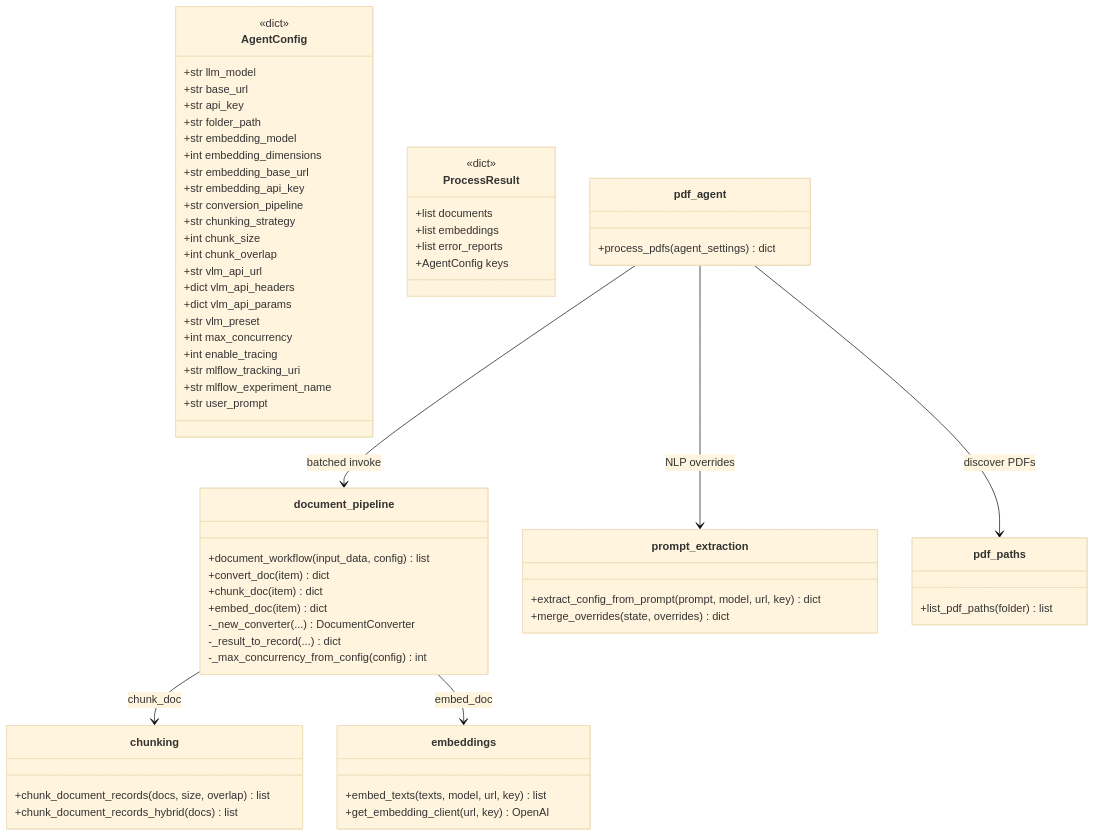
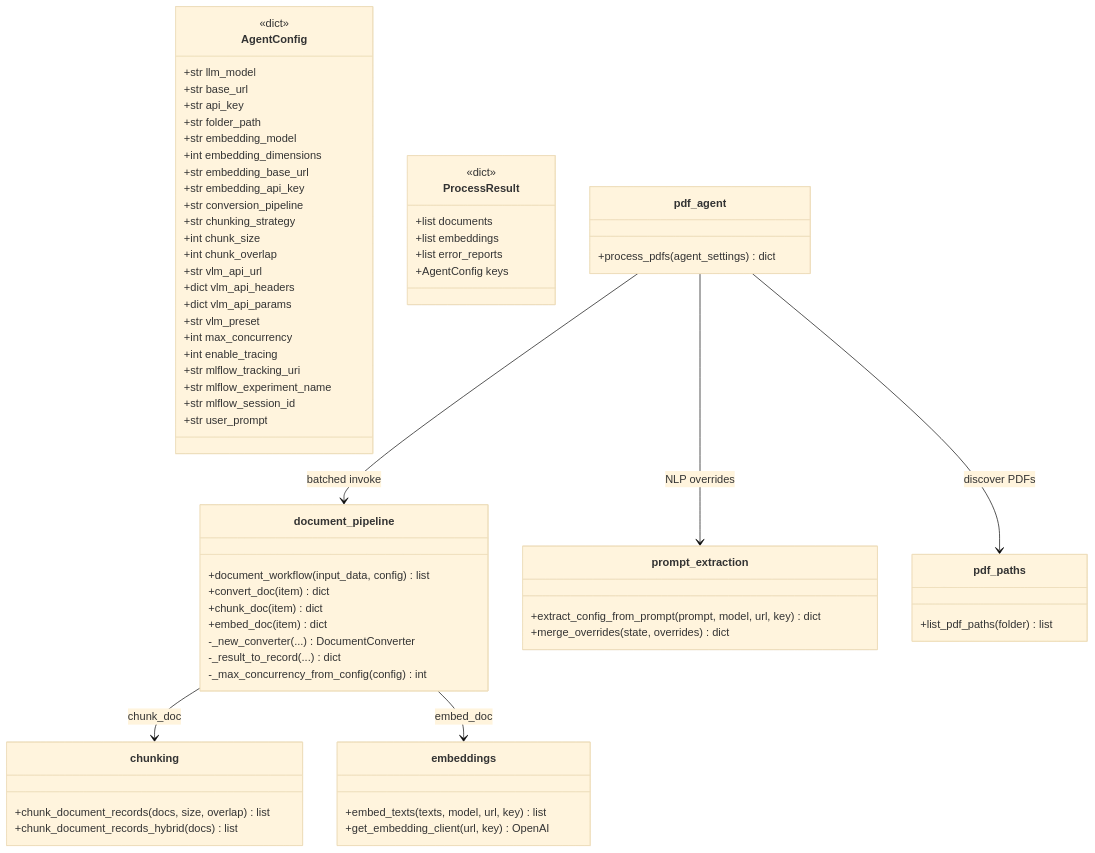
Before and after one commit to mcaimi/docling-agent: the third of 3 diagrams in AGENTS.md, drawn with Mermaid (base theme). The commit also changed other lines of this file and 1 other file, not shown here.

````diff
--- a/AGENTS.md
+++ b/AGENTS.md
@@ -132,74 +133,75 @@
 ```mermaid
 classDiagram
     class AgentConfig {
         <<dict>>
         +str llm_model
         +str base_url
         +str api_key
         +str folder_path
         +str embedding_model
         +int embedding_dimensions
         +str embedding_base_url
         +str embedding_api_key
         +str conversion_pipeline
         +str chunking_strategy
         +int chunk_size
         +int chunk_overlap
         +str vlm_api_url
         +dict vlm_api_headers
         +dict vlm_api_params
         +str vlm_preset
         +int max_concurrency
         +int enable_tracing
         +str mlflow_tracking_uri
         +str mlflow_experiment_name
+        +str mlflow_session_id
         +str user_prompt
     }
 
     class ProcessResult {
         <<dict>>
         +list documents
         +list embeddings
         +list error_reports
         +AgentConfig keys
     }
 
     class document_pipeline {
         +document_workflow(input_data, config) list
         +convert_doc(item) dict
         +chunk_doc(item) dict
         +embed_doc(item) dict
         -_new_converter(...) DocumentConverter
         -_result_to_record(...) dict
         -_max_concurrency_from_config(config) int
     }
 
     class prompt_extraction {
         +extract_config_from_prompt(prompt, model, url, key) dict
         +merge_overrides(state, overrides) dict
     }
 
     class chunking {
         +chunk_document_records(docs, size, overlap) list
         +chunk_document_records_hybrid(docs) list
     }
 
     class embeddings {
         +embed_texts(texts, model, url, key) list
         +get_embedding_client(url, key) OpenAI
     }
 
     class pdf_paths {
         +list_pdf_paths(folder) list
     }
 
     class pdf_agent {
         +process_pdfs(agent_settings) dict
     }
 
     pdf_agent --> prompt_extraction : NLP overrides
     pdf_agent --> pdf_paths : discover PDFs
     pdf_agent --> document_pipeline : batched invoke
     document_pipeline --> chunking : chunk_doc
     document_pipeline --> embeddings : embed_doc
 ```
````
